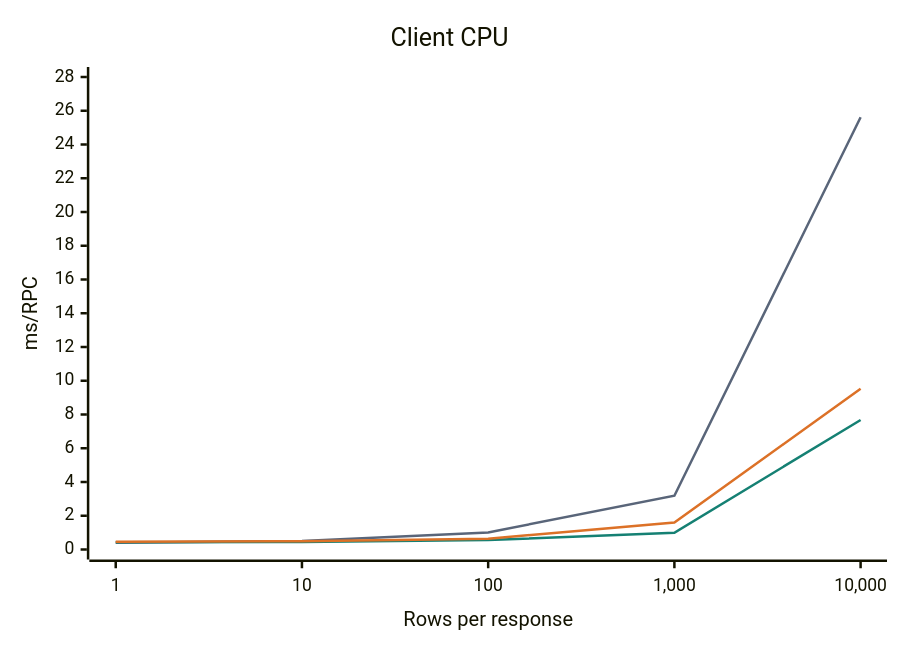
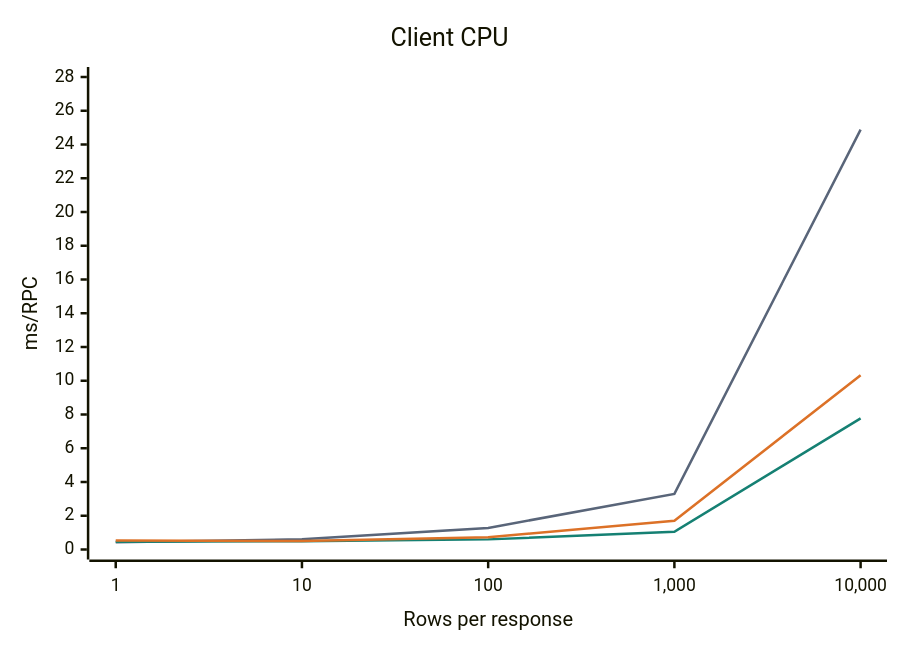
The first of 3 diagrams in QUERY.md (ydb-platform/ydb-go-sdk), drawn with Mermaid before and after one commit. The commit also changed other lines of this file and 12 other files, not shown here.

Commit message:
query: add generic Arrow decoder constructor

````diff
--- a/QUERY.md
+++ b/QUERY.md
@@ -213,15 +225,15 @@
 ```mermaid
 ---
 config:
   themeVariables:
     xyChart:
       plotColorPalette: "#596579, #158073, #dc7127"
 ---
 xychart-beta
     title "Client CPU"
     x-axis "Rows per response" ["1", "10", "100", "1,000", "10,000"]
     y-axis "ms/RPC" 0 --> 28
-    line "Value" [0.395, 0.502, 1.011, 3.187, 25.619]
-    line "QueryArrow" [0.425, 0.447, 0.557, 0.993, 7.677]
-    line "WithArrow" [0.464, 0.490, 0.643, 1.595, 9.527]
+    line "Value" [0.427, 0.603, 1.279, 3.296, 24.885]
+    line "QueryArrow" [0.466, 0.492, 0.600, 1.053, 7.771]
+    line "WithArrow" [0.526, 0.507, 0.723, 1.708, 10.328]
 ```
````
